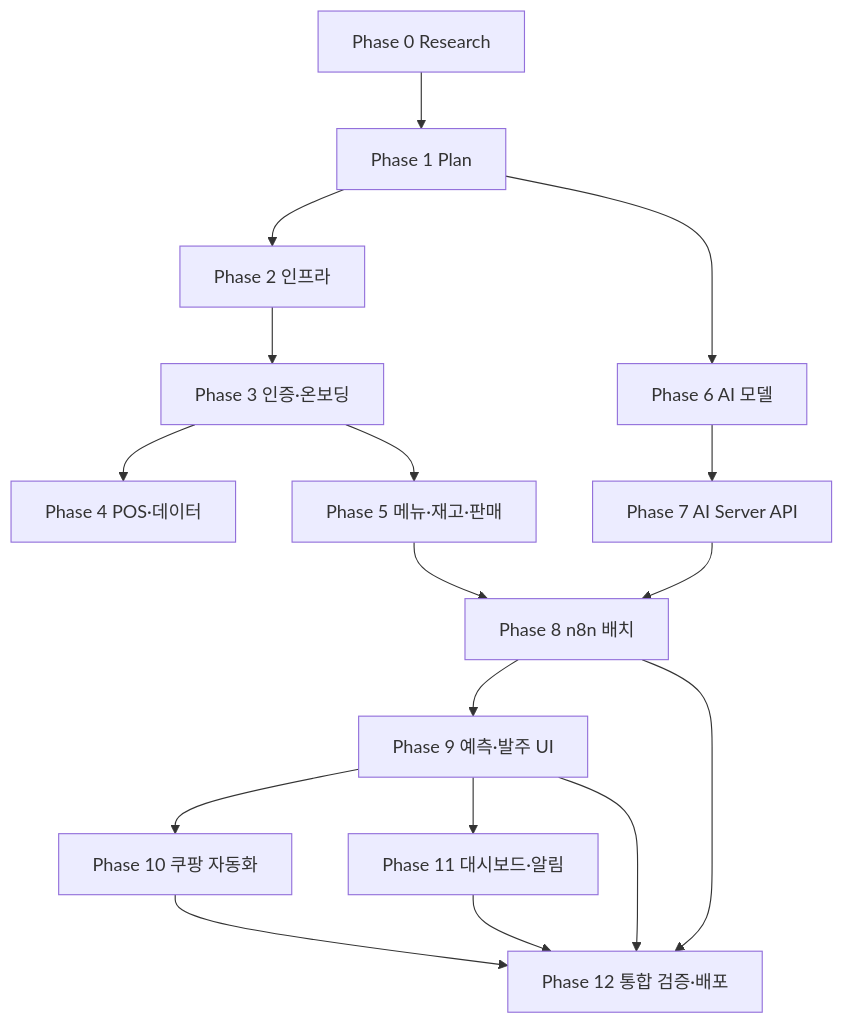
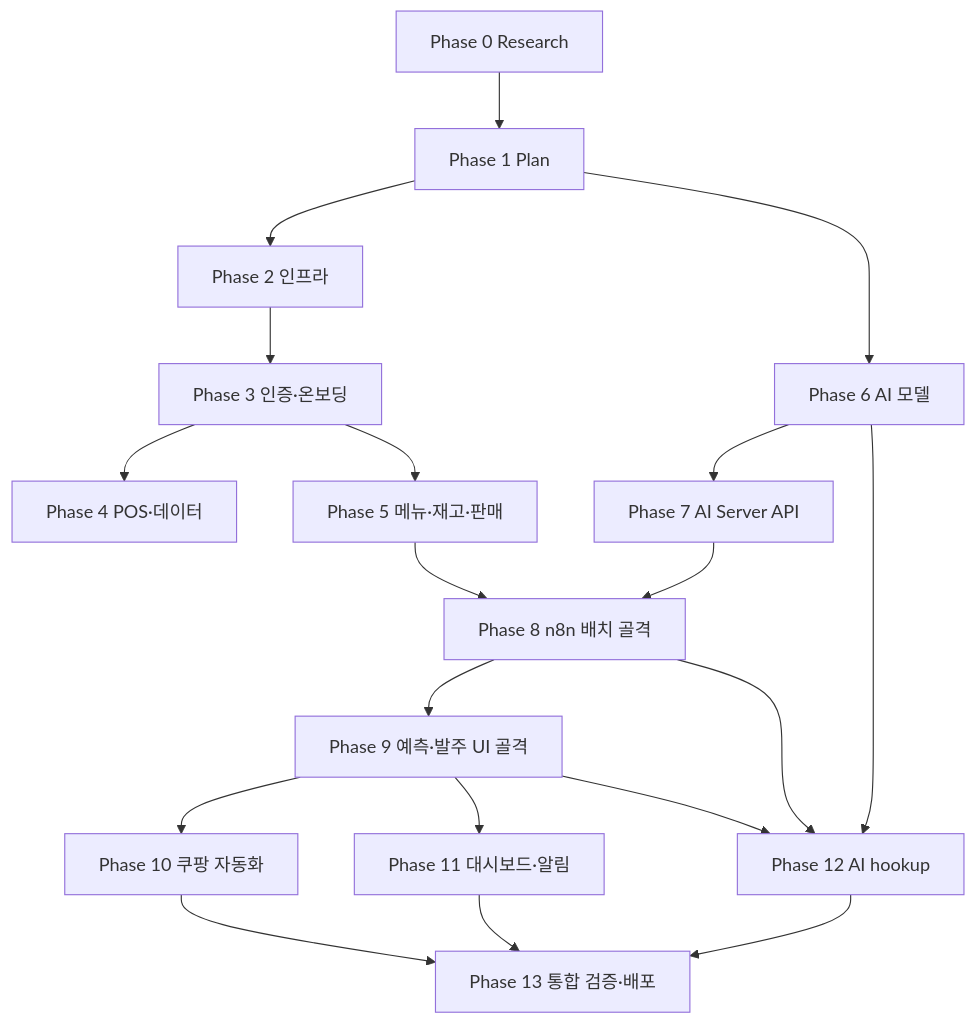
One commit to h-taek/CapstoneDesign_Sajura changed the diagram in docs/plan/plan_gantt.md. Above: the diagram before and after it, drawn with Mermaid. The commit also changed other lines of this file and 22 other files, not shown here.

Commit message:
docs: establish comprehensive frontend and backend phase planning documents and update project roadmap

````diff
--- a/docs/plan/plan_gantt.md
+++ b/docs/plan/plan_gantt.md
@@ -53,22 +54,25 @@
 ```mermaid
 flowchart TD
     R[Phase 0 Research] --> P[Phase 1 Plan]
     P --> INF[Phase 2 인프라]
     INF --> AUTH[Phase 3 인증·온보딩]
     AUTH --> POS[Phase 4 POS·데이터]
     AUTH --> DOM[Phase 5 메뉴·재고·판매]
 
     P --> AIM[Phase 6 AI 모델]
     AIM --> AIA[Phase 7 AI Server API]
-    AIA --> N8N[Phase 8 n8n 배치]
+    AIA --> N8N[Phase 8 n8n 배치 골격]
     DOM --> N8N
 
-    N8N --> ORD[Phase 9 예측·발주 UI]
+    N8N --> ORD[Phase 9 예측·발주 UI 골격]
     ORD --> AUTO[Phase 10 쿠팡 자동화]
     ORD --> DASH[Phase 11 대시보드·알림]
 
-    AUTO --> REL[Phase 12 통합 검증·배포]
+    AIM --> HOOK[Phase 12 AI hookup]
+    N8N --> HOOK
+    ORD --> HOOK
+
+    AUTO --> REL[Phase 13 통합 검증·배포]
     DASH --> REL
-    ORD --> REL
-    N8N --> REL
+    HOOK --> REL
 ```
````
